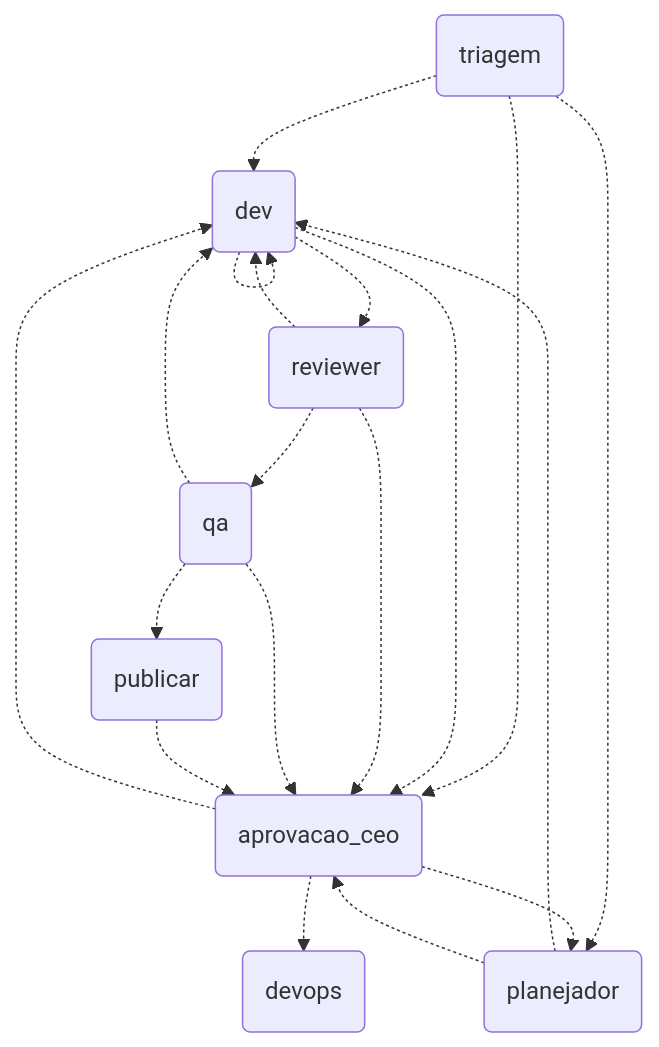
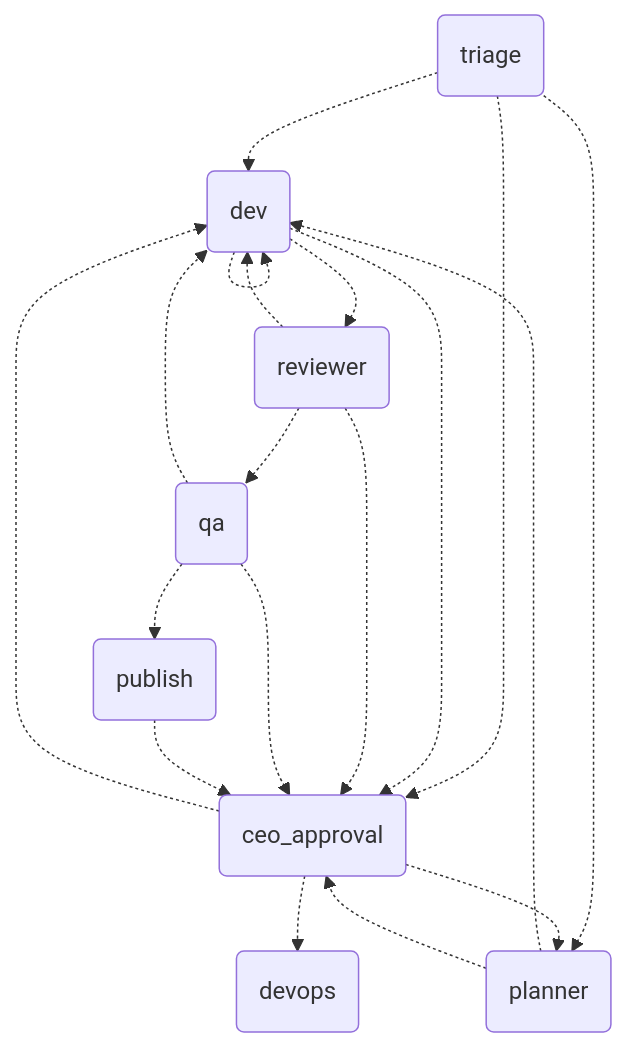
Before and after one commit to venturelli-91/agent-softhouse-orchestrator: the diagram in orchestrator/README.md, drawn with Mermaid. The commit also changed other lines of this file and 9 other files, not shown here.

````diff
--- a/orchestrator/README.md
+++ b/orchestrator/README.md
@@ -5,29 +5,29 @@
 ```mermaid
 graph TD;
-  triagem(triagem)
-  planejador(planejador)
+  triage(triage)
+  planner(planner)
   dev(dev)
   reviewer(reviewer)
   qa(qa)
-  publicar(publicar)
-  aprovacao_ceo(aprovacao_ceo)
+  publish(publish)
+  ceo_approval(ceo_approval)
   devops(devops)
-  triagem -.-> dev;
-  triagem -.-> planejador;
-  triagem -.-> aprovacao_ceo;
-  planejador -.-> dev;
-  planejador -.-> aprovacao_ceo;
+  triage -.-> dev;
+  triage -.-> planner;
+  triage -.-> ceo_approval;
+  planner -.-> dev;
+  planner -.-> ceo_approval;
   dev -.-> reviewer;
-  dev -.-> aprovacao_ceo;
+  dev -.-> ceo_approval;
   reviewer -.-> qa;
   reviewer -.-> dev;
-  reviewer -.-> aprovacao_ceo;
-  qa -.-> publicar;
+  reviewer -.-> ceo_approval;
+  qa -.-> publish;
   qa -.-> dev;
-  qa -.-> aprovacao_ceo;
-  publicar -.-> aprovacao_ceo;
-  aprovacao_ceo -.-> dev;
-  aprovacao_ceo -.-> planejador;
-  aprovacao_ceo -.-> devops;
+  qa -.-> ceo_approval;
+  publish -.-> ceo_approval;
+  ceo_approval -.-> dev;
+  ceo_approval -.-> planner;
+  ceo_approval -.-> devops;
   dev -.-> dev;
 ```
````
